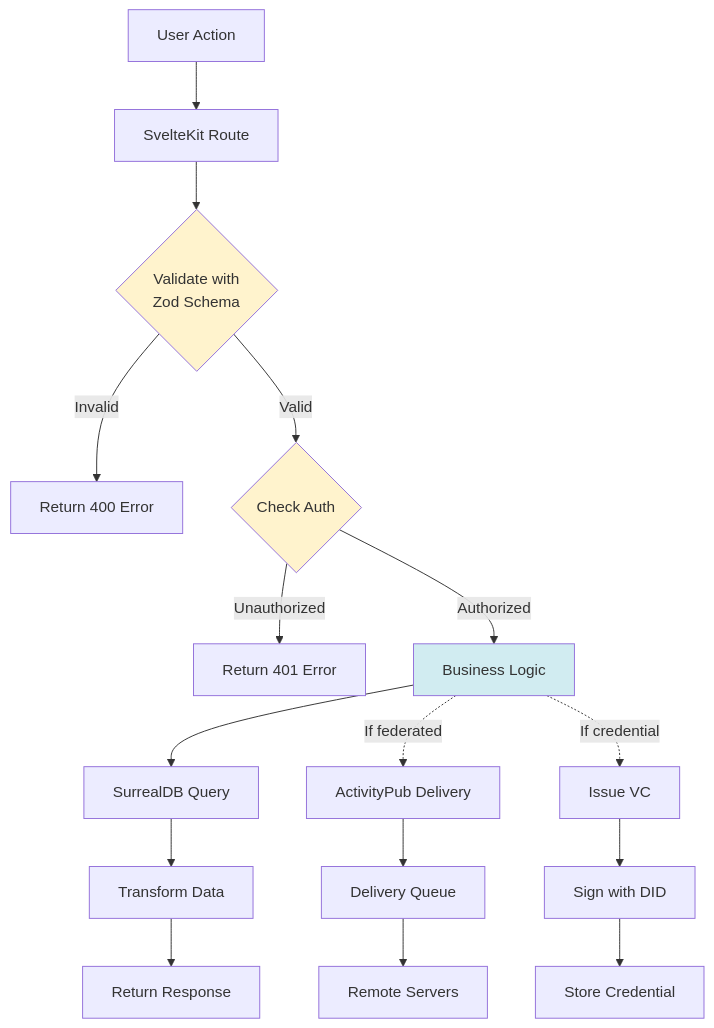
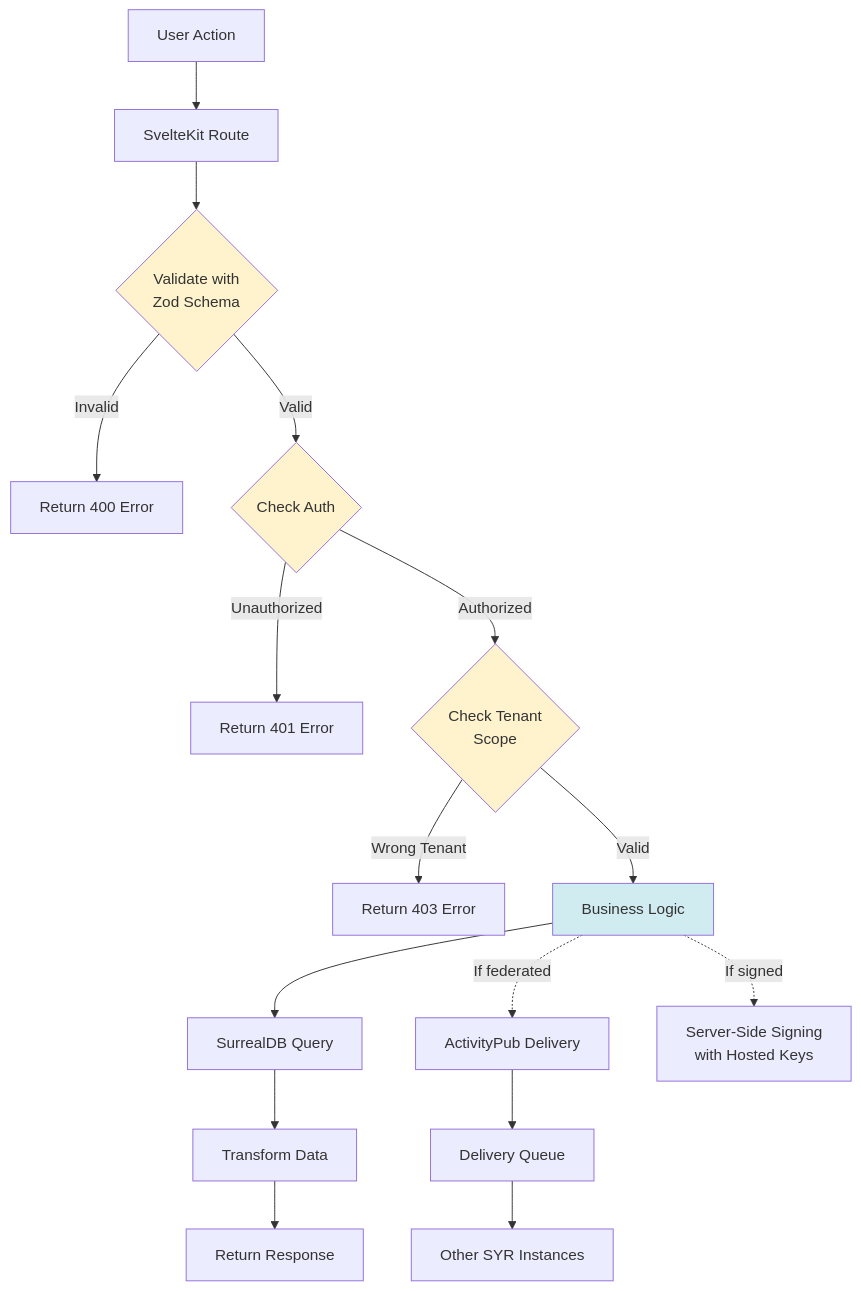
Diagram 11 of 19 in Architecture.md (syr-is/syr), drawn with Mermaid before and after one commit. The commit also changed other lines of this file and 491 other files, not shown here.

````diff
--- a/Architecture.md
+++ b/Architecture.md
@@ -419,30 +441,31 @@
 ```mermaid
 flowchart TB
     User[User Action]
 
     User --> Route[SvelteKit Route]
     Route --> Validate{Validate with<br/>Zod Schema}
 
     Validate -->|Invalid| Error[Return 400 Error]
     Validate -->|Valid| Auth{Check Auth}
 
     Auth -->|Unauthorized| Error401[Return 401 Error]
-    Auth -->|Authorized| Business[Business Logic]
+    Auth -->|Authorized| Tenant{Check Tenant<br/>Scope}
+
+    Tenant -->|Wrong Tenant| Error403[Return 403 Error]
+    Tenant -->|Valid| Business[Business Logic]
 
     Business --> DB[SurrealDB Query]
     DB --> Transform[Transform Data]
     Transform --> Response[Return Response]
 
     Business -.->|If federated| Federation[ActivityPub Delivery]
-    Business -.->|If credential| VCIssue[Issue VC]
+    Business -.->|If signed| Sign[Server-Side Signing<br/>with Hosted Keys]
 
     Federation --> Queue[Delivery Queue]
-    Queue --> Remote[Remote Servers]
-
-    VCIssue --> Sign[Sign with DID]
-    Sign --> Store[Store Credential]
+    Queue --> Remote[Other SYR Instances]
 
     style Validate fill:#fff3cd
     style Auth fill:#fff3cd
+    style Tenant fill:#fff3cd
     style Business fill:#d1ecf1
 ```
````
